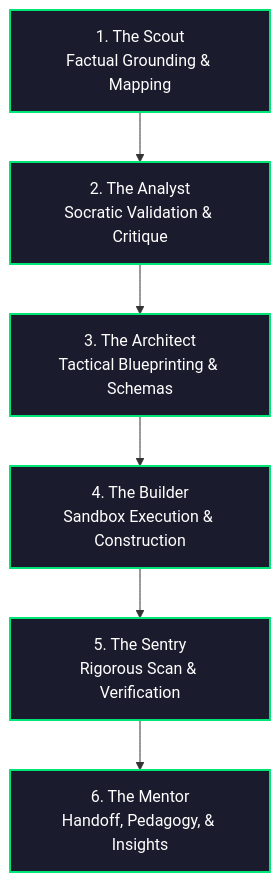
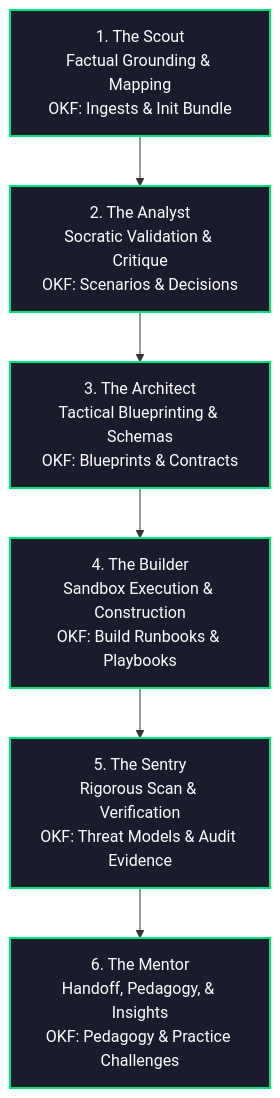
The diagram in skills/6-personas/SKILL.md (ksprashu/skills-6-personas), drawn with Mermaid before and after one commit. The commit also changed other lines of this file and 1 other file, not shown here.

````diff
--- a/skills/6-personas/SKILL.md
+++ b/skills/6-personas/SKILL.md
@@ -34,11 +42,11 @@
 ```mermaid
 flowchart TD
-    Scout[1. The Scout<br>Factual Grounding & Mapping] --> Analyst[2. The Analyst<br>Socratic Validation & Critique]
-    Analyst --> Architect[3. The Architect<br>Tactical Blueprinting & Schemas]
-    Architect --> Builder[4. The Builder<br>Sandbox Execution & Construction]
-    Builder --> Sentry[5. The Sentry<br>Rigorous Scan & Verification]
-    Sentry --> Mentor[6. The Mentor<br>Handoff, Pedagogy, & Insights]
+    Scout[1. The Scout<br>Factual Grounding & Mapping<br>OKF: Ingests & Init Bundle] --> Analyst[2. The Analyst<br>Socratic Validation & Critique<br>OKF: Scenarios & Decisions]
+    Analyst --> Architect[3. The Architect<br>Tactical Blueprinting & Schemas<br>OKF: Blueprints & Contracts]
+    Architect --> Builder[4. The Builder<br>Sandbox Execution & Construction<br>OKF: Build Runbooks & Playbooks]
+    Builder --> Sentry[5. The Sentry<br>Rigorous Scan & Verification<br>OKF: Threat Models & Audit Evidence]
+    Sentry --> Mentor[6. The Mentor<br>Handoff, Pedagogy, & Insights<br>OKF: Pedagogy & Practice Challenges]
     
     classDef personas fill:#1a1c2d,stroke:#00e676,stroke-width:2px,color:#fff;
     class Scout,Analyst,Architect,Builder,Sentry,Mentor personas;
 ```
````
